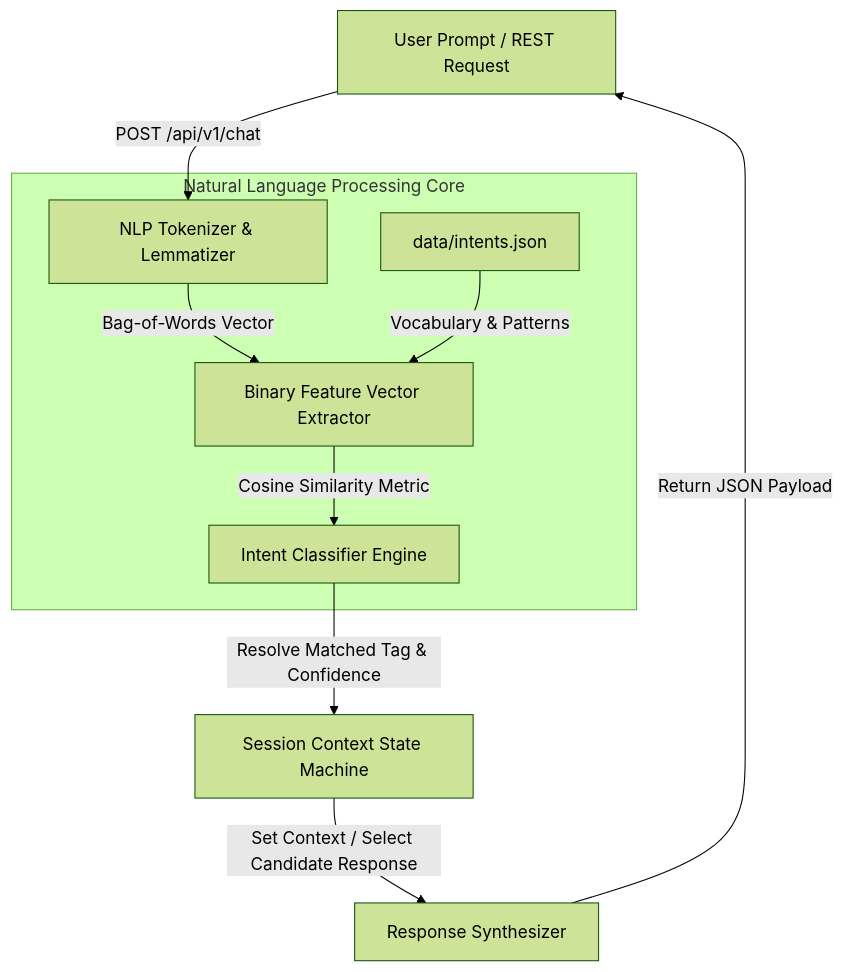
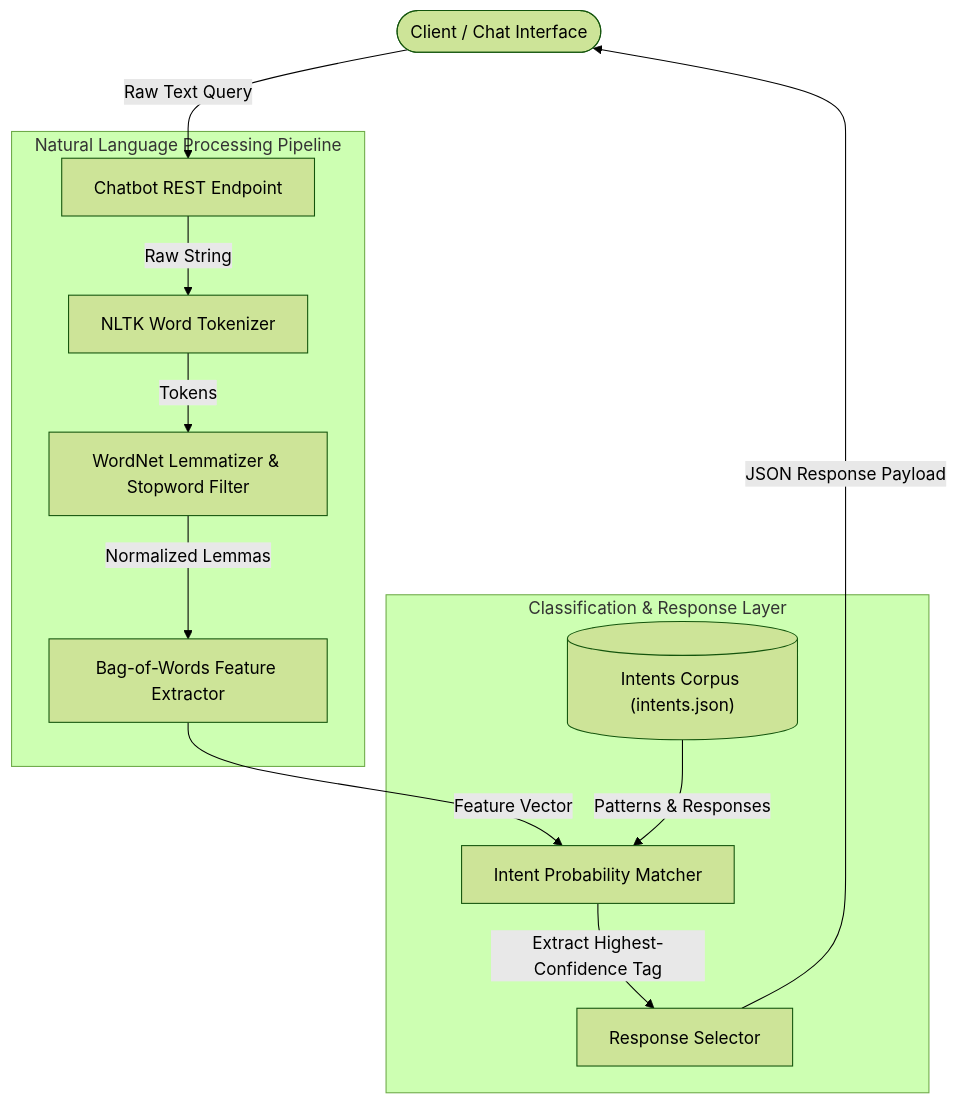
The diagram in 08-intelligent-python-chatbot/README.md (SudeeraHemantha/Portfolio_Projects), drawn with Mermaid (forest theme) before and after one commit. The commit also changed other lines of this file, not shown here.

First line of the commit message:
Revise README for project title and architecture clarity

````diff
--- a/08-intelligent-python-chatbot/README.md
+++ b/08-intelligent-python-chatbot/README.md
@@ -12,14 +15,19 @@
 ```mermaid
 graph TD
-    UserPrompt[User Prompt / REST Request] -->|POST /api/v1/chat| Preprocessor[NLP Tokenizer & Lemmatizer]
+    User(["Client / Chat Interface"]) -->|Raw Text Query| API["Chatbot REST Endpoint"]
     
-    subgraph Natural Language Processing Core
-        Preprocessor -->|Bag-of-Words Vector| Vectorizer[Binary Feature Vector Extractor]
-        KnowledgeBase[data/intents.json] -->|Vocabulary & Patterns| Vectorizer
-        Vectorizer -->|Cosine Similarity Metric| Matcher[Intent Classifier Engine]
+    subgraph NLP_Pipeline["Natural Language Processing Pipeline"]
+        API -->|Raw String| Tokenize["NLTK Word Tokenizer"]
+        Tokenize -->|Tokens| Lemmatize["WordNet Lemmatizer & Stopword Filter"]
+        Lemmatize -->|Normalized Lemmas| BoW["Bag-of-Words Feature Extractor"]
     end
 
-    Matcher -->|Resolve Matched Tag & Confidence| ContextState[Session Context State Machine]
-    ContextState -->|Set Context / Select Candidate Response| Synthesis[Response Synthesizer]
-    Synthesis -->|Return JSON Payload| UserPrompt
+    subgraph Intent_Classifier["Classification & Response Layer"]
+        BoW -->|Feature Vector| Matcher["Intent Probability Matcher"]
+        IntentsDB[("Intents Corpus (intents.json)")] -->|Patterns & Responses| Matcher
+        Matcher -->|Extract Highest-Confidence Tag| Dispatcher["Response Selector"]
+    end
+
+    Dispatcher -->|JSON Response Payload| User
+
 ```
````
